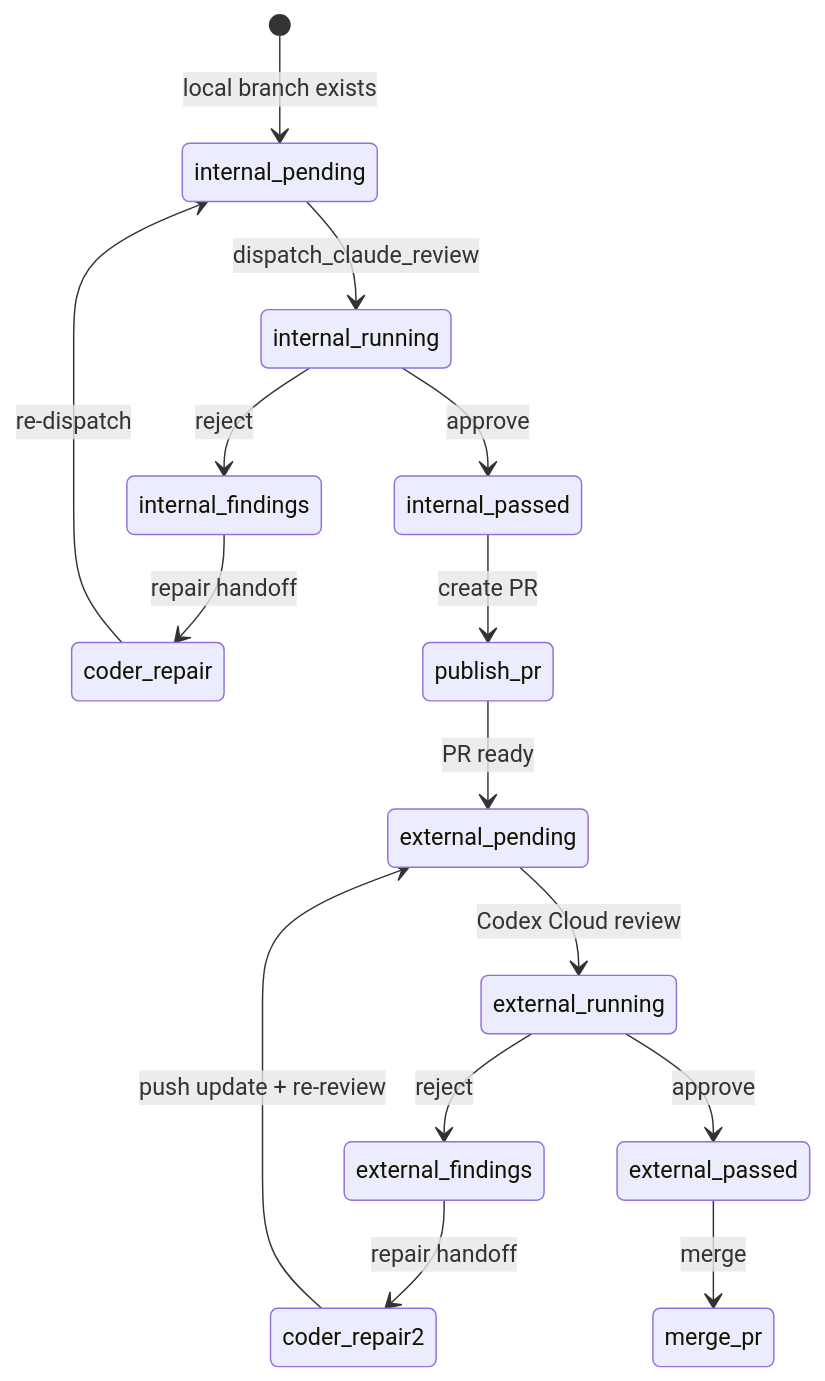
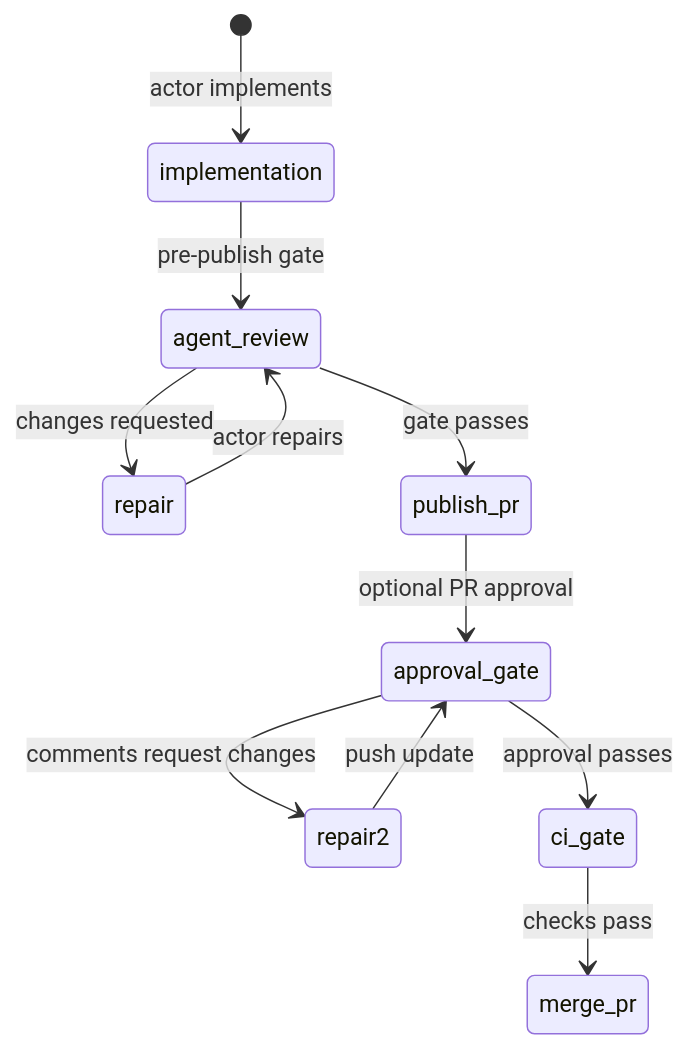
The diagram in docs/concepts/reviewers.md (attmous/daedalus), drawn with Mermaid before and after one commit. The commit also changed other lines of this file and 64 other files, not shown here.

````diff
--- a/docs/concepts/reviewers.md
+++ b/docs/concepts/reviewers.md
@@ -42,18 +38,13 @@
 ```mermaid
 stateDiagram-v2
-    [*] --> internal_pending: local branch exists
-    internal_pending --> internal_running: dispatch_claude_review
-    internal_running --> internal_findings: reject
-    internal_findings --> coder_repair: repair handoff
-    coder_repair --> internal_pending: re-dispatch
-    internal_running --> internal_passed: approve
-    internal_passed --> publish_pr: create PR
-
-    publish_pr --> external_pending: PR ready
-    external_pending --> external_running: Codex Cloud review
-    external_running --> external_findings: reject
-    external_findings --> coder_repair2: repair handoff
-    coder_repair2 --> external_pending: push update + re-review
-    external_running --> external_passed: approve
-    external_passed --> merge_pr: merge
+    [*] --> implementation: actor implements
+    implementation --> agent_review: pre-publish gate
+    agent_review --> repair: changes requested
+    repair --> agent_review: actor repairs
+    agent_review --> publish_pr: gate passes
+    publish_pr --> approval_gate: optional PR approval
+    approval_gate --> repair2: comments request changes
+    repair2 --> approval_gate: push update
+    approval_gate --> ci_gate: approval passes
+    ci_gate --> merge_pr: checks pass
 ```
````
